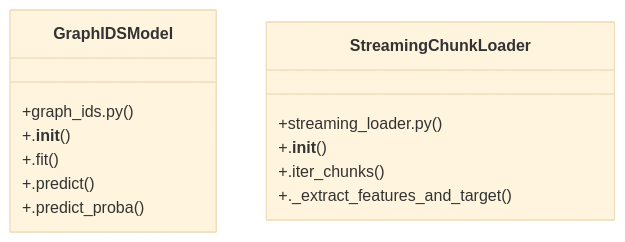
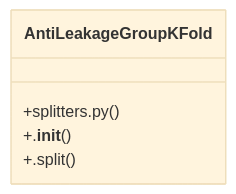
Before and after one commit to FY72X9/is_ai-vuln: the diagram in graphify-out/wiki/Community_1.md, drawn with Mermaid (base theme). The commit also changed other lines of this file and 67 other files, not shown here.

Commit message:
docs: generate graphify knowledge base wiki, domains, and reports

````diff
--- a/graphify-out/wiki/Community_1.md
+++ b/graphify-out/wiki/Community_1.md
@@ -36,16 +36,8 @@
 ```mermaid
 classDiagram
-    class GraphIDSModel {
-        +graph_ids.py()
+    class AntiLeakageGroupKFold {
+        +splitters.py()
         +.__init__()
-        +.fit()
-        +.predict()
-        +.predict_proba()
-    }
-    class StreamingChunkLoader {
-        +streaming_loader.py()
-        +.__init__()
-        +.iter_chunks()
-        +._extract_features_and_target()
+        +.split()
     }
 ```
````
